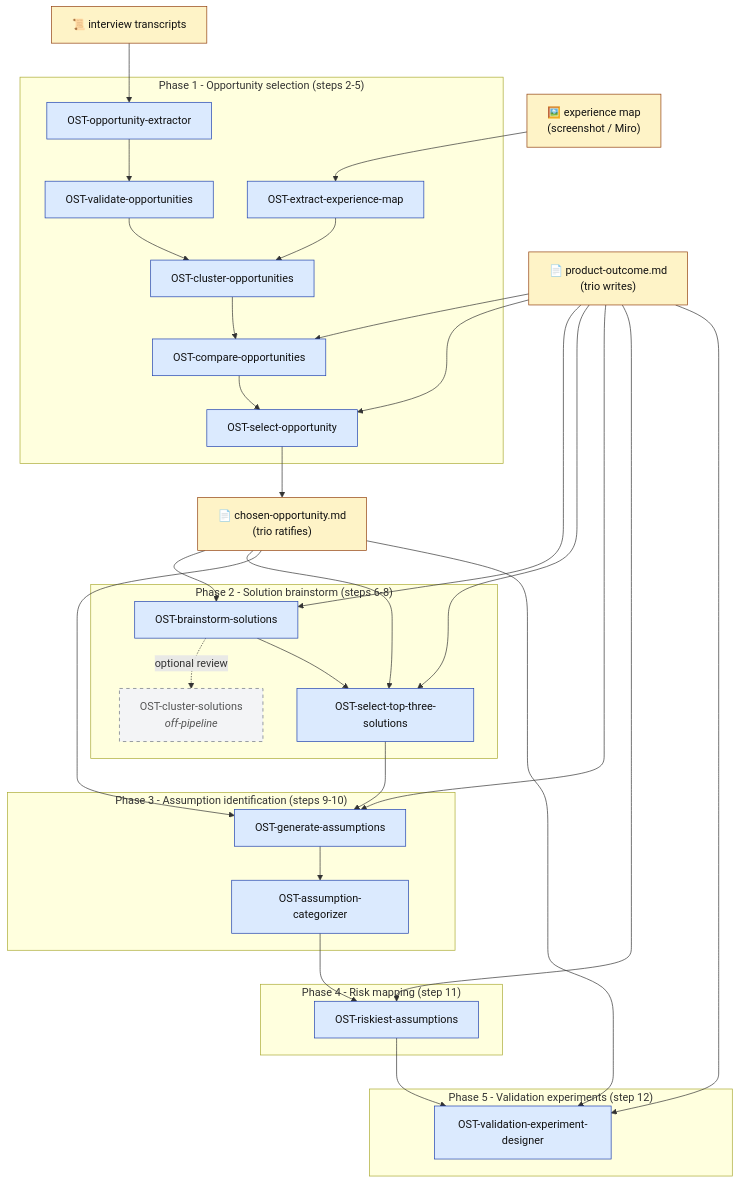
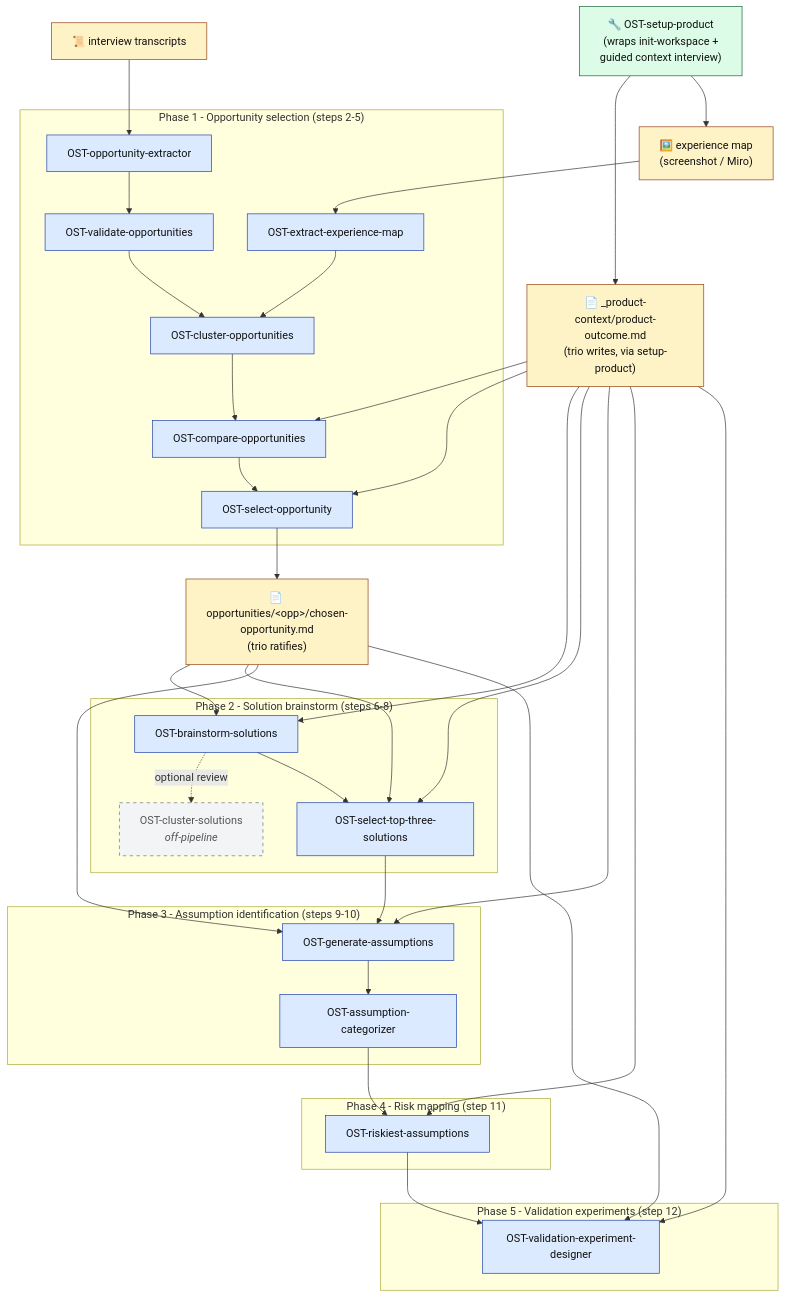
Before and after one commit to scilla-studio-stockholm/claude-plugins: the diagram in product-discovery/skills-design/opportunity-solution-tree-agents.md, drawn with Mermaid. The commit also changed other lines of this file, not shown here.

First line of the commit message:
product-discovery: refresh OST design doc to current discovery/ layout

````diff
--- a/product-discovery/skills-design/opportunity-solution-tree-agents.md
+++ b/product-discovery/skills-design/opportunity-solution-tree-agents.md
@@ -14,67 +17,72 @@
 ```mermaid
 flowchart TD
-    PO["📄 product-outcome.md<br/>(trio writes)"]:::trio
+    SETUP["🔧 OST-setup-product<br/>(wraps init-workspace +<br/>guided context interview)"]:::setup
+    PO["📄 _product-context/product-outcome.md<br/>(trio writes, via setup-product)"]:::trio
     EM["🖼️ experience map<br/>(screenshot / Miro)"]:::trio
     TR["📜 interview transcripts"]:::trio
-    CO["📄 chosen-opportunity.md<br/>(trio ratifies)"]:::trio
+    CO["📄 opportunities/&lt;opp&gt;/chosen-opportunity.md<br/>(trio ratifies)"]:::trio
+
+    SETUP --> PO
+    SETUP --> EM
 
     subgraph P1["Phase 1 - Opportunity selection (steps 2-5)"]
         A1["OST-opportunity-extractor"]:::skill
         A2["OST-extract-experience-map"]:::skill
         A3["OST-validate-opportunities"]:::skill
         A4["OST-cluster-opportunities"]:::skill
         A5["OST-compare-opportunities"]:::skill
         A6["OST-select-opportunity"]:::skill
     end
 
     subgraph P2["Phase 2 - Solution brainstorm (steps 6-8)"]
         A7["OST-brainstorm-solutions"]:::skill
         A8["OST-cluster-solutions<br/><i>off-pipeline</i>"]:::offpipe
         A9["OST-select-top-three-solutions"]:::skill
     end
 
     subgraph P3["Phase 3 - Assumption identification (steps 9-10)"]
         A10["OST-generate-assumptions"]:::skill
         A11["OST-assumption-categorizer"]:::skill
     end
 
     subgraph P4["Phase 4 - Risk mapping (step 11)"]
         A12["OST-riskiest-assumptions"]:::skill
     end
 
     subgraph P5["Phase 5 - Validation experiments (step 12)"]
         A13["OST-validation-experiment-designer"]:::skill
     end
 
     TR --> A1
     EM --> A2
     A1 --> A3
     A3 --> A4
     A2 --> A4
     A4 --> A5
     PO --> A5
     A5 --> A6
     PO --> A6
 
     A6 --> CO
     CO --> A7
     PO --> A7
     A7 -.->|optional review| A8
     A7 --> A9
     PO --> A9
     CO --> A9
 
     A9 --> A10
     PO --> A10
     CO --> A10
     A10 --> A11
     A11 --> A12
     PO --> A12
     A12 --> A13
     PO --> A13
     CO --> A13
 
     classDef trio fill:#fef3c7,stroke:#92400e,color:#111
     classDef skill fill:#dbeafe,stroke:#1e40af,color:#111
     classDef offpipe fill:#f3f4f6,stroke:#6b7280,color:#555,stroke-dasharray: 5 5
+    classDef setup fill:#dcfce7,stroke:#166534,color:#111
 ```
````
